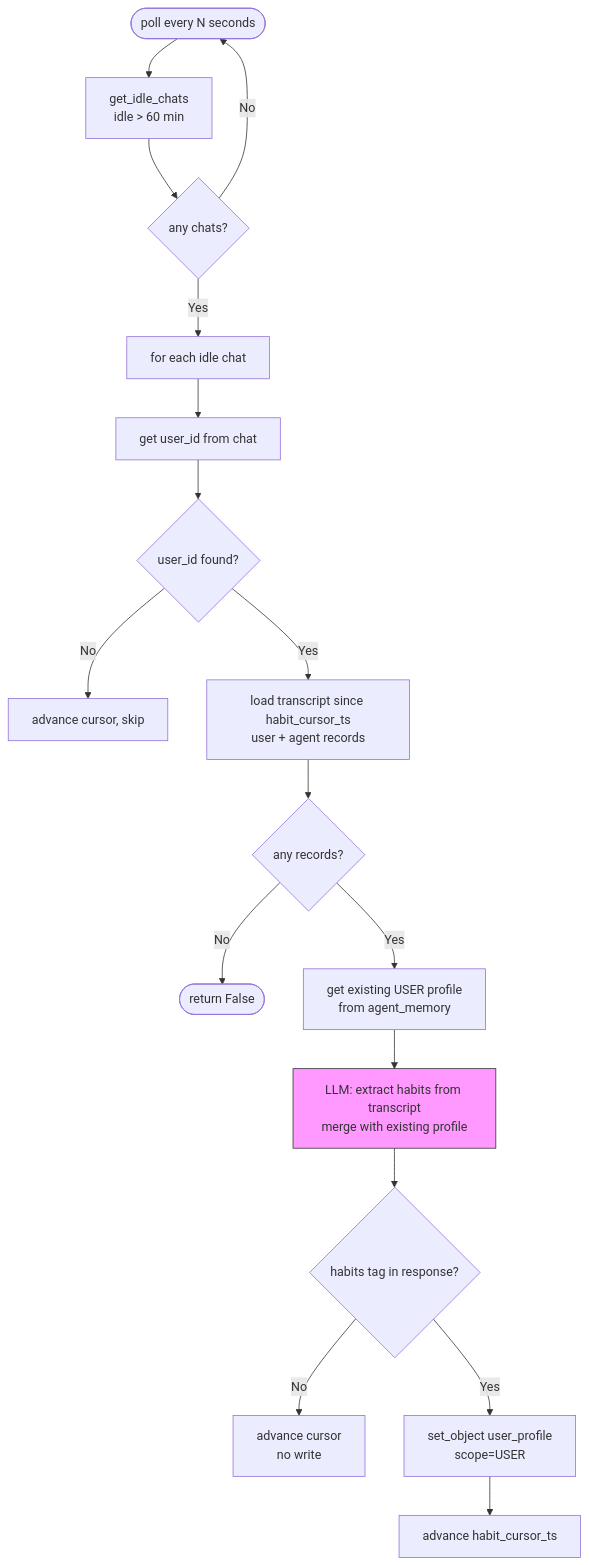
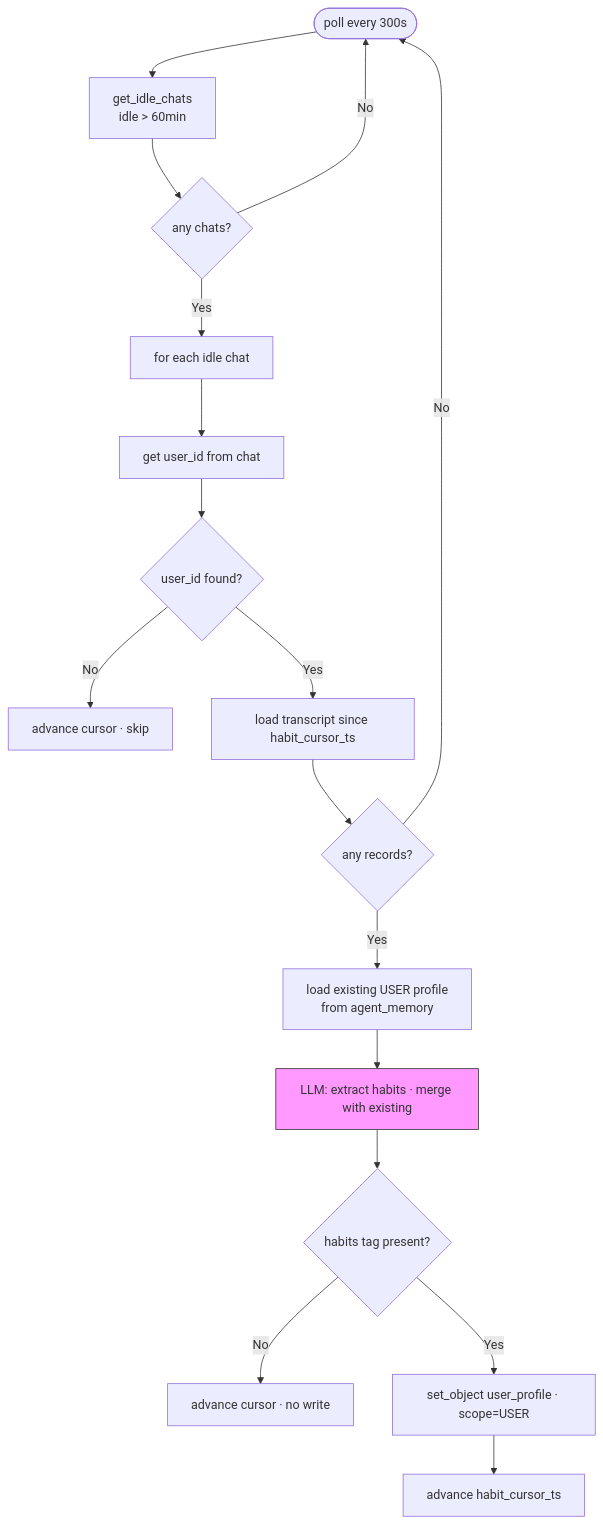
Before and after one commit to wiedersehne/Ida-arch: the fourth of 4 diagrams in memory_arch.md, drawn with Mermaid. The commit also changed other lines of this file, not shown here.

````diff
--- a/memory_arch.md
+++ b/memory_arch.md
@@ -182,24 +343,24 @@
 ```mermaid
 flowchart TD
-    A([poll every N seconds]) --> B[get_idle_chats\nidle > 60 min]
+    A([poll every 300s]) --> B[get_idle_chats\nidle > 60min]
     B --> C{any chats?}
     C -- No --> A
     C -- Yes --> D[for each idle chat]
 
     D --> E[get user_id from chat]
     E --> F{user_id found?}
-    F -- No --> G[advance cursor, skip]
-    F -- Yes --> H[load transcript since habit_cursor_ts\nuser + agent records]
+    F -- No --> G[advance cursor · skip]
+    F -- Yes --> H[load transcript since habit_cursor_ts]
 
     H --> I{any records?}
-    I -- No --> J([return False])
-    I -- Yes --> K[get existing USER profile\nfrom agent_memory]
+    I -- No --> A
+    I -- Yes --> J[load existing USER profile\nfrom agent_memory]
 
-    K --> L[LLM: extract habits from transcript\nmerge with existing profile]
-    L --> M{habits tag in response?}
-    M -- No --> N[advance cursor\nno write]
-    M -- Yes --> O[set_object user_profile\nscope=USER]
-    O --> P[advance habit_cursor_ts]
+    J --> K[LLM: extract habits · merge with existing]
+    K --> L{habits tag present?}
+    L -- No --> M[advance cursor · no write]
+    L -- Yes --> N[set_object user_profile · scope=USER]
+    N --> O[advance habit_cursor_ts]
 
-    style L fill:#f9f,stroke:#333
+    style K fill:#f9f,stroke:#333
 ```
````
